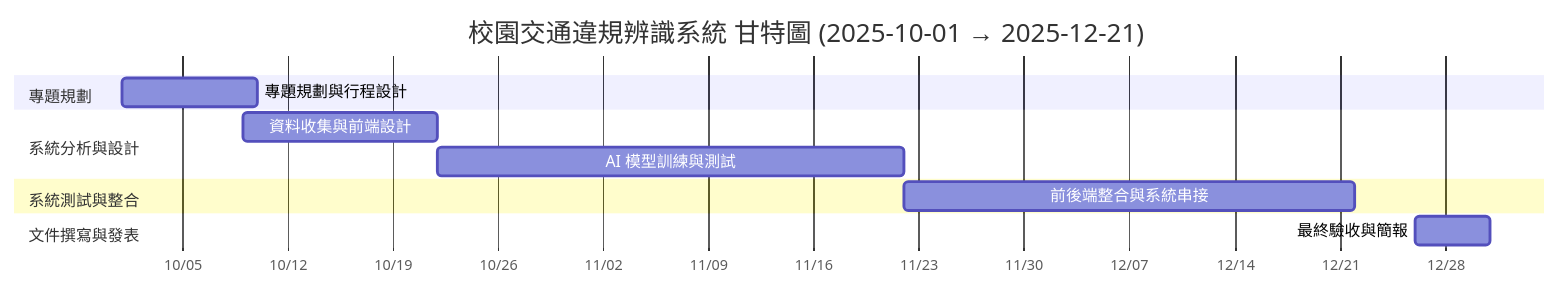
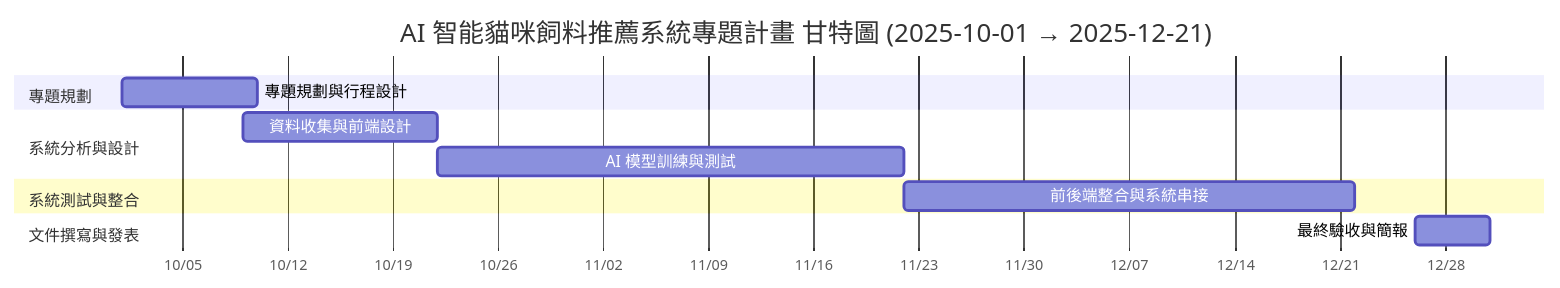
The first of 2 diagrams in README.md (groups7-ctrl/hw2), drawn with Mermaid before and after one commit.

````diff
--- a/README.md
+++ b/README.md
@@ -28,19 +28,19 @@
 ```mermaid
 gantt
-    title 校園交通違規辨識系統 甘特圖 (2025-10-01 → 2025-12-21)
+    title AI 智能貓咪飼料推薦系統專題計畫 甘特圖 (2025-10-01 → 2025-12-21)
     dateFormat  YYYY-MM-DD
     axisFormat %m/%d
 
     section 專題規劃
     專題規劃與行程設計            :A1, 2025-10-01, 9d
 
     section 系統分析與設計
     資料收集與前端設計 :B1, 2025-10-09, 13d
     AI 模型訓練與測試             :B2, 2025-10-22, 31d
 
     section 系統測試與整合
     前後端整合與系統串接         :D1, 2025-11-22, 30d
 
     section 文件撰寫與發表
     最終驗收與簡報        :E1, 2025-12-26, 5d
 ```
````
